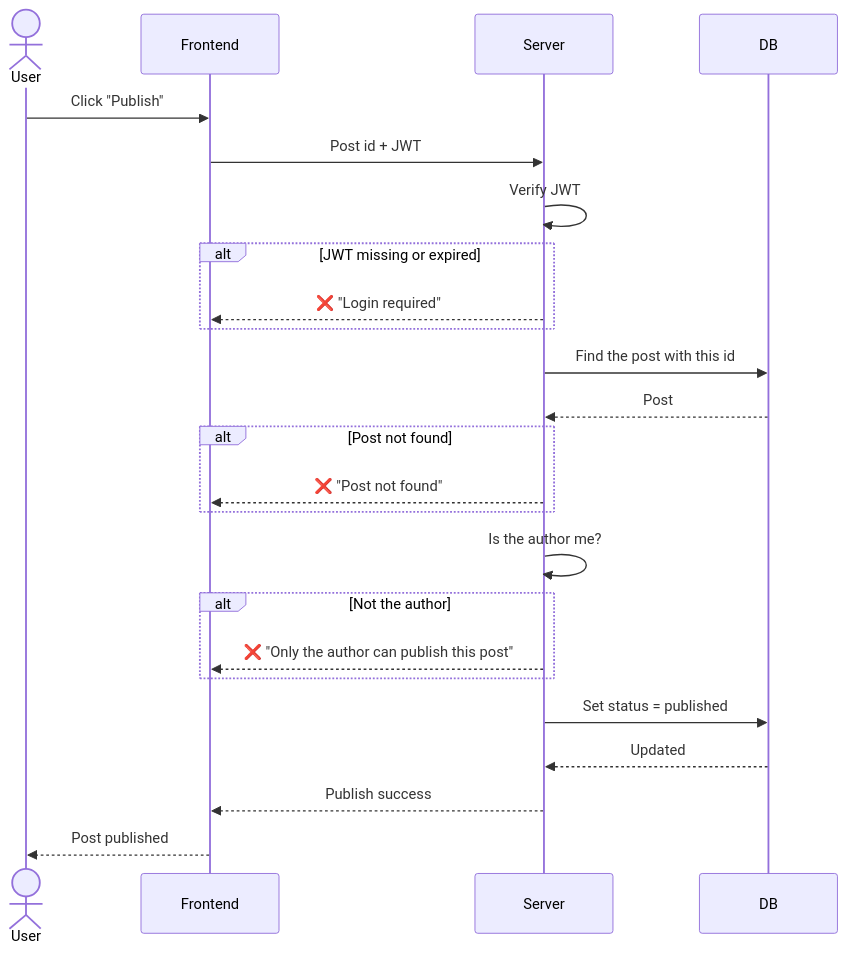
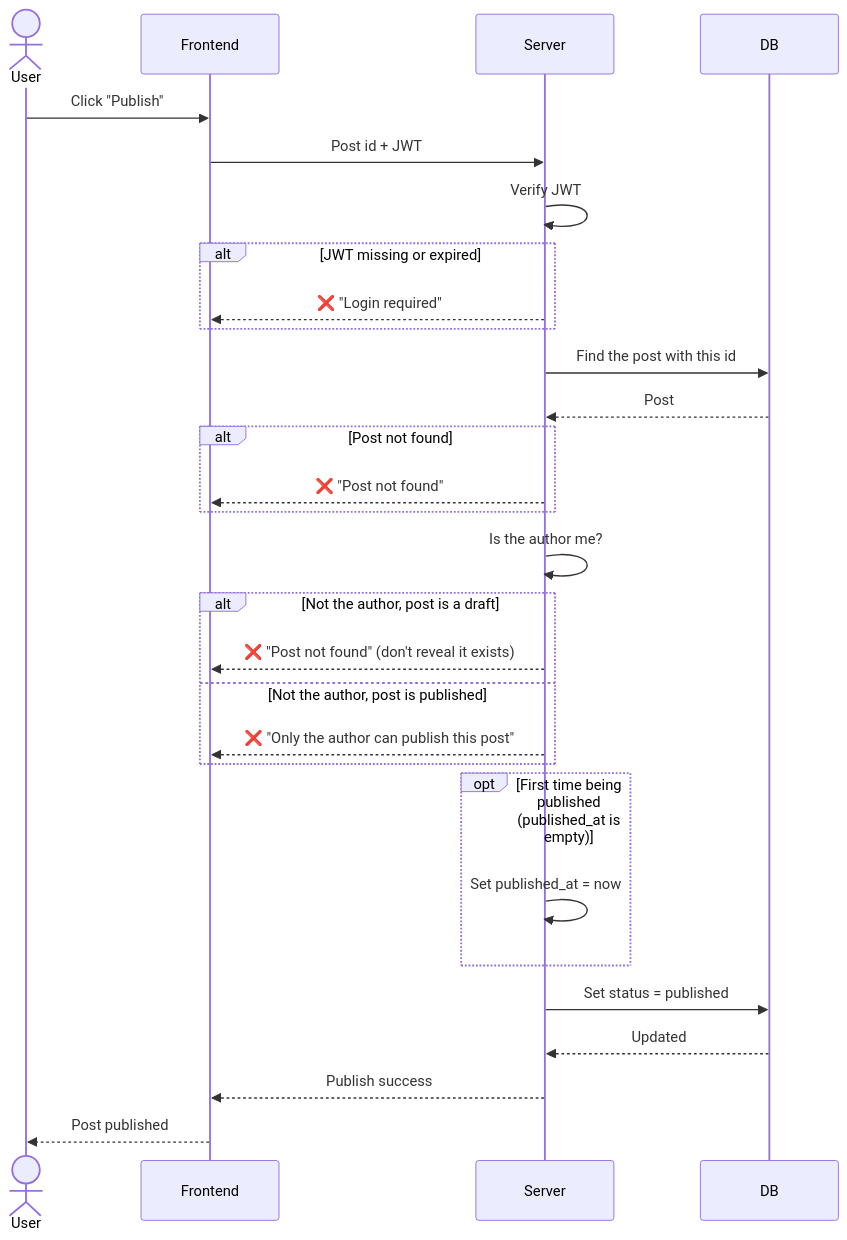
Before and after one commit to yhan0704/blogBackend: the sixth of 7 diagrams in docs/sequence-diagrams/post.md, drawn with Mermaid. The commit also changed other lines of this file and 2 other files, not shown here.

Commit message:
docs: hide others' drafts everywhere, add my posts, sort by published_at

````diff
--- a/docs/sequence-diagrams/post.md
+++ b/docs/sequence-diagrams/post.md
@@ -153,27 +157,32 @@
 ```mermaid
 sequenceDiagram
     actor User
     participant Frontend
     participant Server
     participant DB
 
     User->>Frontend: Click "Publish"
     Frontend->>Server: Post id + JWT
     Server->>Server: Verify JWT
     alt JWT missing or expired
         Server-->>Frontend: ❌ "Login required"
     end
     Server->>DB: Find the post with this id
     DB-->>Server: Post
     alt Post not found
         Server-->>Frontend: ❌ "Post not found"
     end
     Server->>Server: Is the author me?
-    alt Not the author
+    alt Not the author, post is a draft
+        Server-->>Frontend: ❌ "Post not found" (don't reveal it exists)
+    else Not the author, post is published
         Server-->>Frontend: ❌ "Only the author can publish this post"
+    end
+    opt First time being published (published_at is empty)
+        Server->>Server: Set published_at = now
     end
     Server->>DB: Set status = published
     DB-->>Server: Updated
     Server-->>Frontend: Publish success
     Frontend-->>User: Post published
 ```
````
